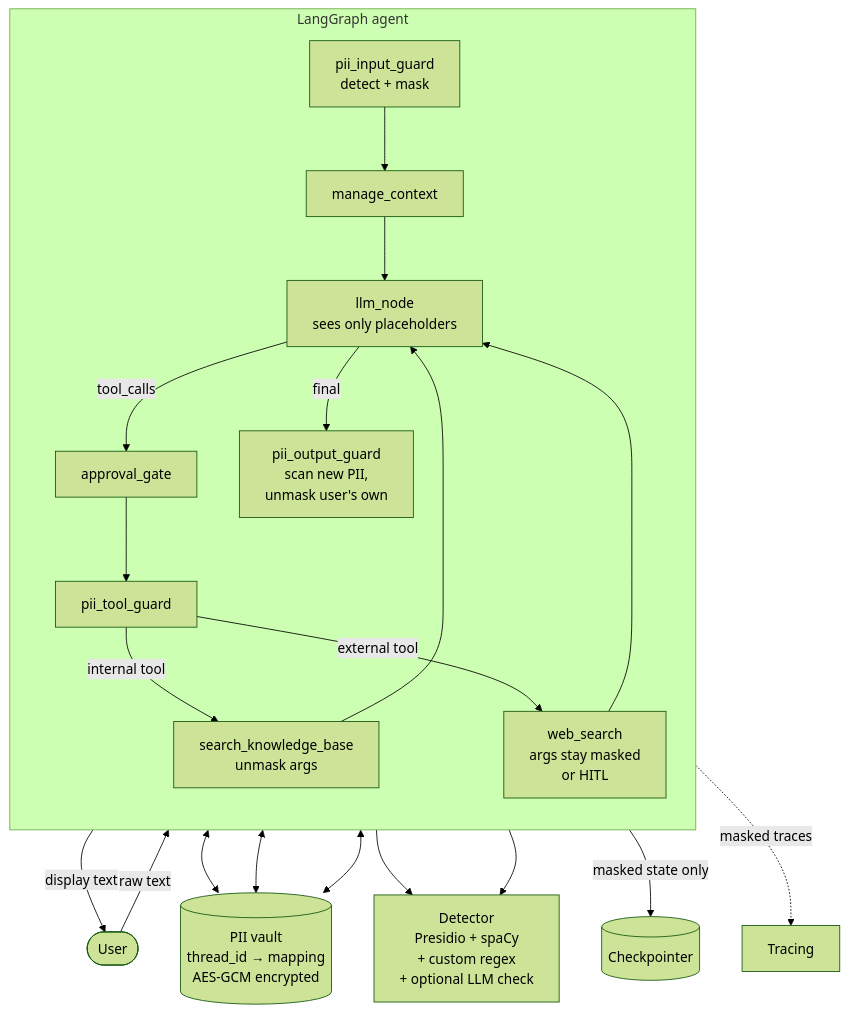
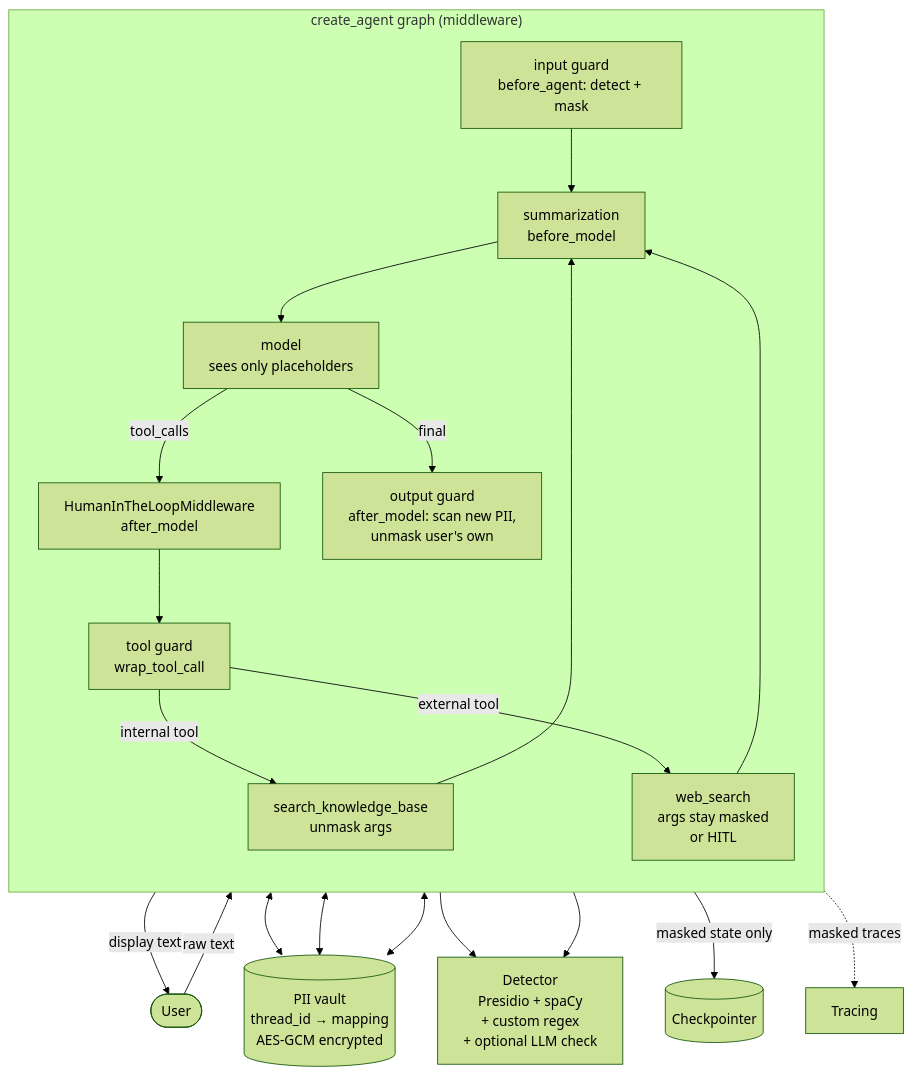
The first of 2 diagrams in docs/phase-5-pii-detection-masking.md (Anirudh1905/agentic-ai-chatbot), drawn with Mermaid (forest theme) before and after one commit. The commit also changed other lines of this file and 37 other files, not shown here.

````diff
--- a/docs/phase-5-pii-detection-masking.md
+++ b/docs/phase-5-pii-detection-masking.md
@@ -31,28 +31,28 @@
 ```mermaid
 flowchart TB
     User([User]) -->|raw text| InG
 
-    subgraph Graph["LangGraph agent"]
+    subgraph Graph["create_agent graph (middleware)"]
         direction TB
-        InG[pii_input_guard<br/>detect + mask] --> Ctx[manage_context]
-        Ctx --> LLM[llm_node<br/>sees only placeholders]
-        LLM -->|tool_calls| Gate[approval_gate]
-        Gate --> TG[pii_tool_guard]
+        InG["input guard<br/>before_agent: detect + mask"] --> Ctx[summarization<br/>before_model]
+        Ctx --> LLM[model<br/>sees only placeholders]
+        LLM -->|tool_calls| Gate[HumanInTheLoopMiddleware<br/>after_model]
+        Gate --> TG["tool guard<br/>wrap_tool_call"]
         TG -->|internal tool| KB[search_knowledge_base<br/>unmask args]
         TG -->|external tool| WS[web_search<br/>args stay masked<br/>or HITL]
-        KB --> LLM
-        WS --> LLM
-        LLM -->|final| OutG[pii_output_guard<br/>scan new PII,<br/>unmask user's own]
+        KB --> Ctx
+        WS --> Ctx
+        LLM -->|final| OutG["output guard<br/>after_model: scan new PII,<br/>unmask user's own"]
     end
 
     OutG -->|display text| User
 
     InG <--> Vault[(PII vault<br/>thread_id → mapping<br/>AES-GCM encrypted)]
     TG <--> Vault
     OutG <--> Vault
     Graph -->|masked state only| CP[(Checkpointer)]
     Graph -.masked traces.-> Obs[Tracing]
 
     InG --> Det[Detector<br/>Presidio + spaCy<br/>+ custom regex<br/>+ optional LLM check]
     OutG --> Det
 ```
````
